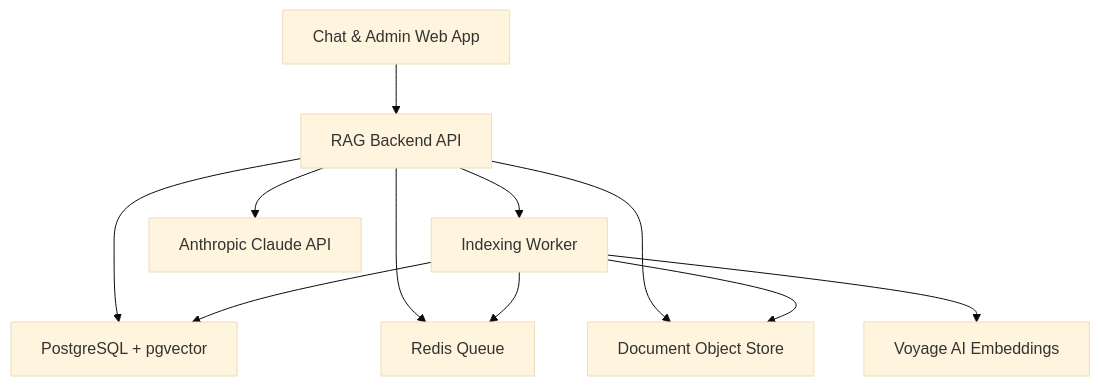
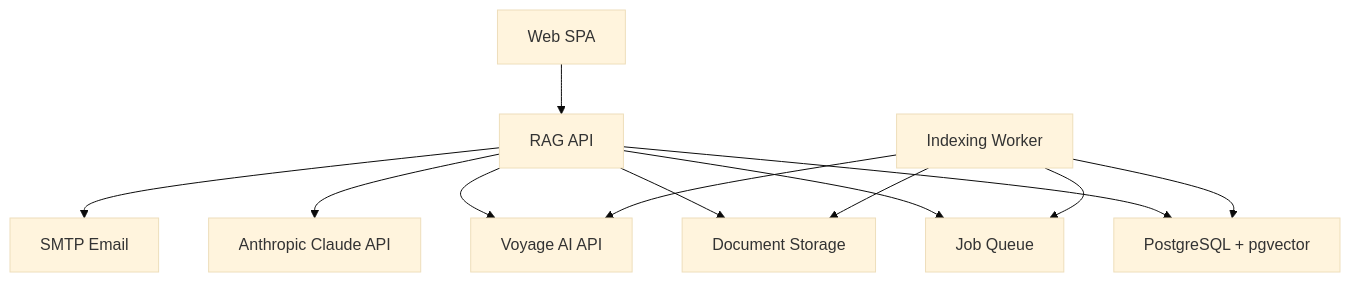
The first of 5 diagrams in docs/sdlc/architecture/README.md (saitejaquorq/blogger), drawn with Mermaid (base theme) before and after one commit. The commit also changed other lines of this file and 15 other files, not shown here.

````diff
--- a/docs/sdlc/architecture/README.md
+++ b/docs/sdlc/architecture/README.md
@@ -157,21 +122,23 @@
 ```mermaid
 graph TD
-  c_web["Chat & Admin Web App"]
-  c_api["RAG Backend API"]
+  c_frontend["Web SPA"]
+  c_api["RAG API"]
   c_worker["Indexing Worker"]
-  c_db["PostgreSQL + pgvector"]
-  c_queue["Redis Queue"]
-  c_storage["Document Object Store"]
+  c_database["PostgreSQL + pgvector"]
+  c_redis["Job Queue"]
+  c_s3["Document Storage"]
   c_ai_provider["Anthropic Claude API"]
-  c_embeddings["Voyage AI Embeddings"]
-  c_web --> c_api
-  c_api --> c_db
-  c_api --> c_queue
-  c_api --> c_storage
+  c_embeddings["Voyage AI API"]
+  c_email["SMTP Email"]
+  c_frontend --> c_api
+  c_api --> c_database
+  c_api --> c_redis
+  c_api --> c_s3
   c_api --> c_ai_provider
-  c_api --> c_worker
-  c_worker --> c_db
-  c_worker --> c_queue
-  c_worker --> c_storage
+  c_api --> c_embeddings
+  c_api --> c_email
+  c_worker --> c_database
+  c_worker --> c_redis
+  c_worker --> c_s3
   c_worker --> c_embeddings
 ```
````
